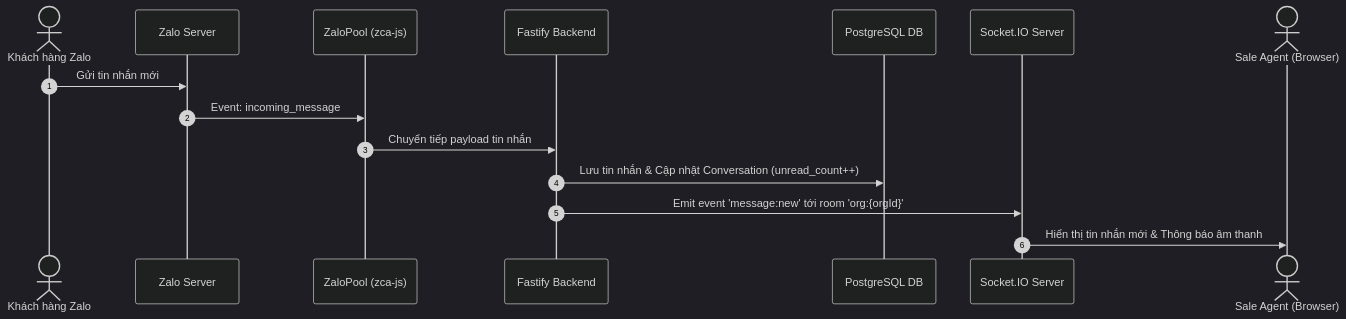
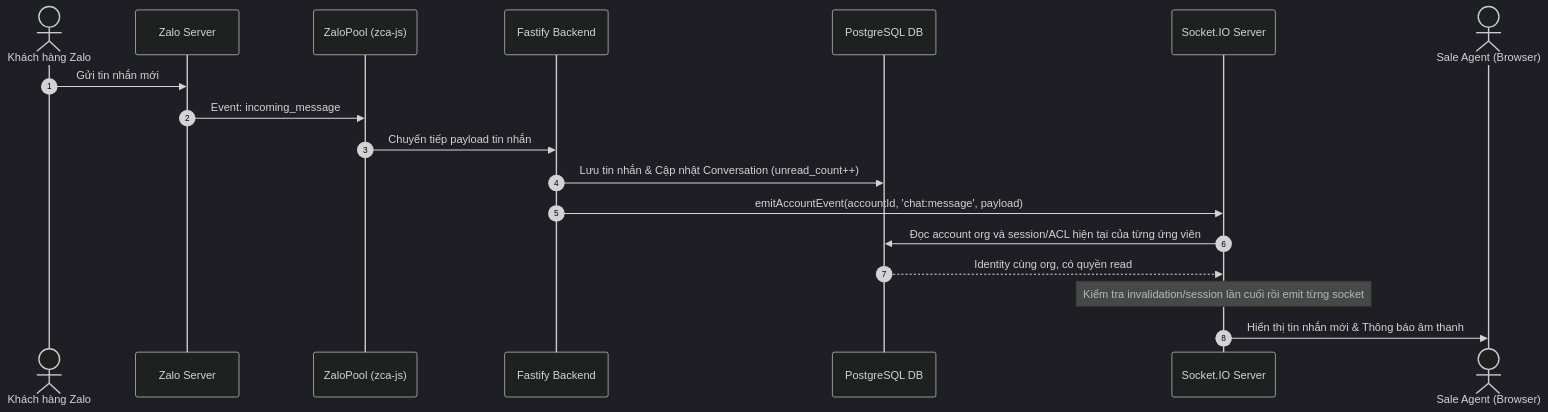
The second of 2 diagrams in docs/system-architecture.md (duynghien/ZaloCRM), drawn with Mermaid (dark theme) before and after one commit. The commit also changed other lines of this file and 118 other files, not shown here.

````diff
--- a/docs/system-architecture.md
+++ b/docs/system-architecture.md
@@ -58,18 +59,21 @@
 ```mermaid
 sequenceDiagram
     autonumber
     actor User as Khách hàng Zalo
     participant Zalo as Zalo Server
     participant Pool as ZaloPool (zca-js)
     participant Fastify as Fastify Backend
     participant DB as PostgreSQL DB
     participant WS as Socket.IO Server
     actor Agent as Sale Agent (Browser)
 
     User->>Zalo: Gửi tin nhắn mới
     Zalo->>Pool: Event: incoming_message
     Pool->>Fastify: Chuyển tiếp payload tin nhắn
     Fastify->>DB: Lưu tin nhắn & Cập nhật Conversation (unread_count++)
-    Fastify->>WS: Emit event 'message:new' tới room 'org:{orgId}'
+    Fastify->>WS: emitAccountEvent(accountId, 'chat:message', payload)
+    WS->>DB: Đọc account org và session/ACL hiện tại của từng ứng viên
+    DB-->>WS: Identity cùng org, có quyền read
+    Note over WS: Kiểm tra invalidation/session lần cuối rồi emit từng socket
     WS->>Agent: Hiển thị tin nhắn mới & Thông báo âm thanh
 ```
````
